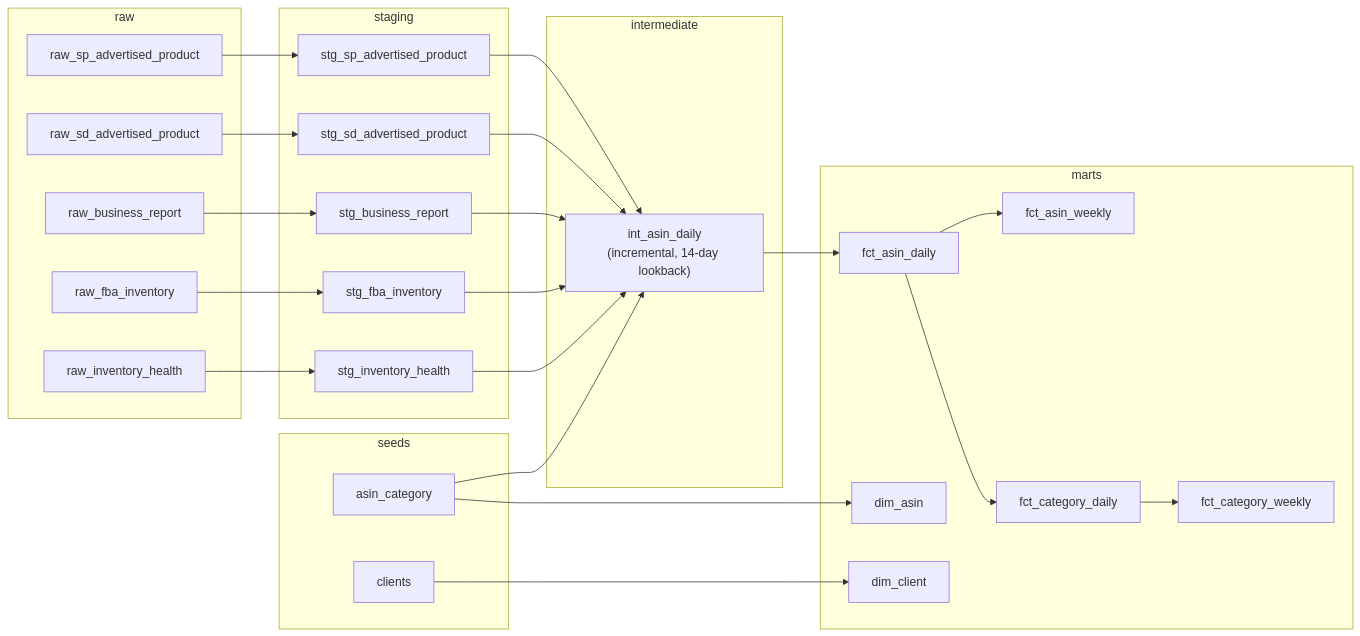
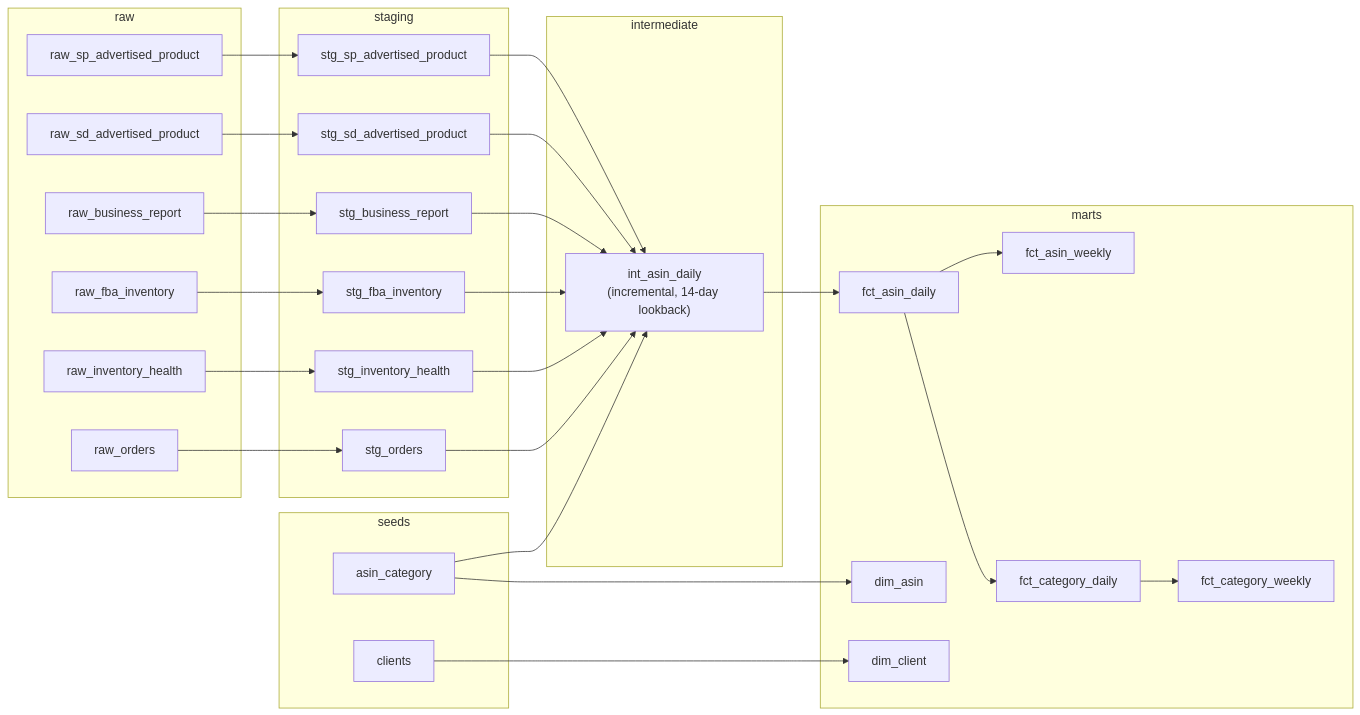
Before and after one commit to Jyoti-op/amazon-ads-elt-platform: the second of 2 diagrams in README.md, drawn with Mermaid. The commit also changed other lines of this file, not shown here.

Commit message:
Plan: add orders report, state scope (client reports, not MIS)

````diff
--- a/README.md
+++ b/README.md
@@ -80,39 +82,41 @@
 ```mermaid
 flowchart LR
     subgraph raw
         r1[raw_sp_advertised_product]
         r2[raw_sd_advertised_product]
         r3[raw_business_report]
         r4[raw_fba_inventory]
         r5[raw_inventory_health]
+        r6[raw_orders]
     end
     subgraph seeds
         s1[clients]
         s2[asin_category]
     end
     subgraph staging
         t1[stg_sp_advertised_product]
         t2[stg_sd_advertised_product]
         t3[stg_business_report]
         t4[stg_fba_inventory]
         t5[stg_inventory_health]
+        t6[stg_orders]
     end
     subgraph intermediate
         i1["int_asin_daily<br/>(incremental, 14-day lookback)"]
     end
     subgraph marts
         m1[fct_asin_daily]
         m2[fct_asin_weekly]
         m3[fct_category_daily]
         m4[fct_category_weekly]
         d1[dim_asin]
         d2[dim_client]
     end
-    r1-->t1; r2-->t2; r3-->t3; r4-->t4; r5-->t5
-    t1 & t2 & t3 & t4 & t5 --> i1
+    r1-->t1; r2-->t2; r3-->t3; r4-->t4; r5-->t5; r6-->t6
+    t1 & t2 & t3 & t4 & t5 & t6 --> i1
     s2 --> i1
     i1 --> m1 --> m2
     m1 --> m3 --> m4
     s1 --> d2
     s2 --> d1
 ```
````
